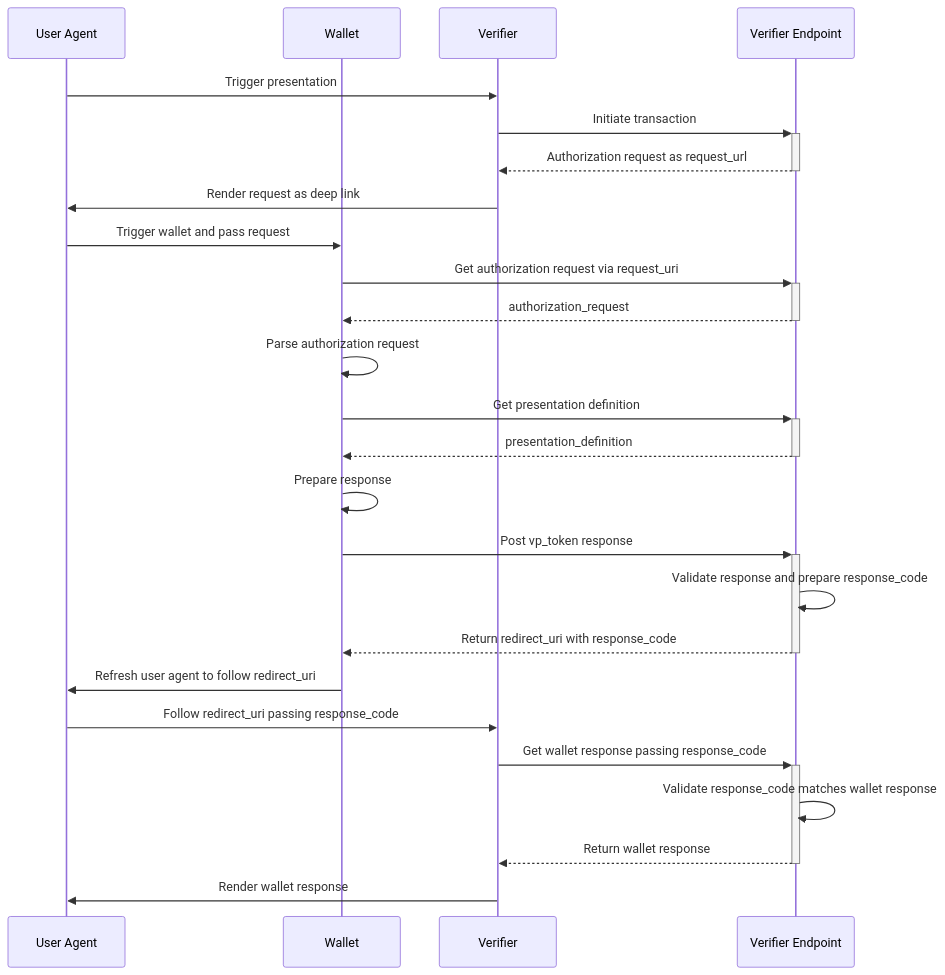
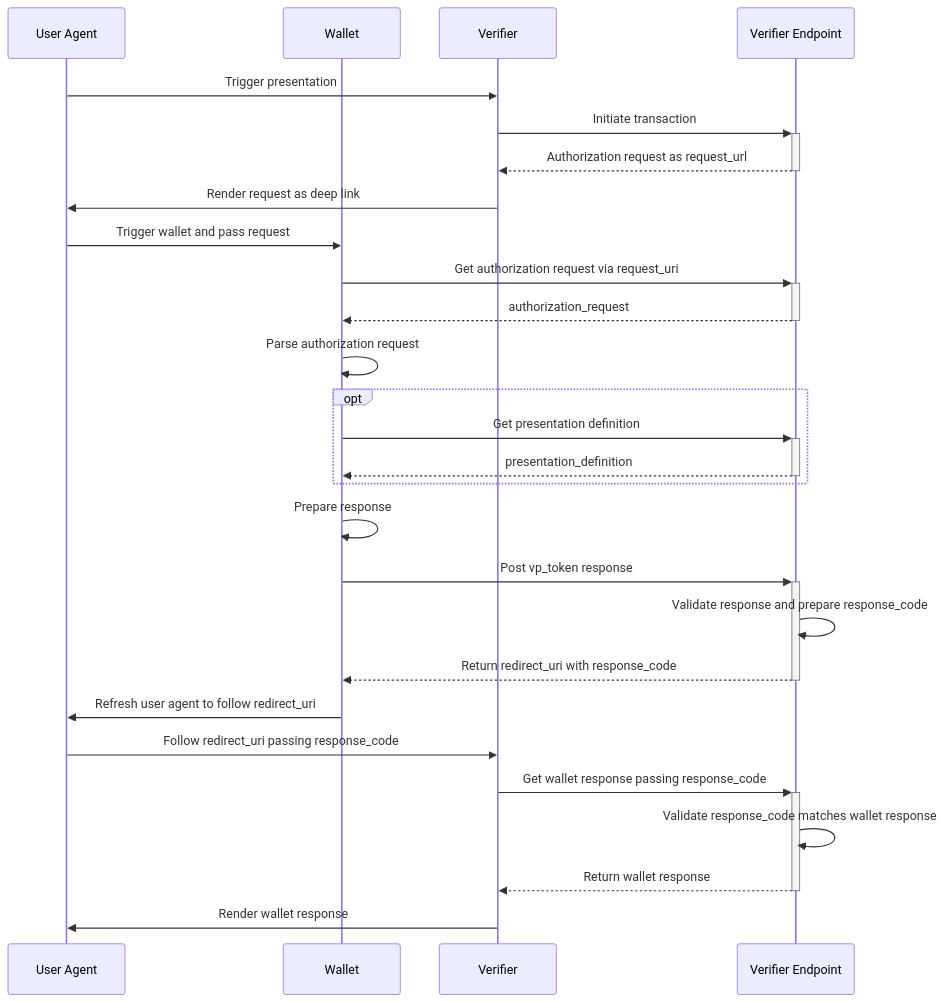
The first of 2 diagrams in README.md (eu-digital-identity-wallet/eudi-srv-web-verifier-endpoint-23220-4-kt), drawn with Mermaid before and after one commit. The commit also changed other lines of this file, not shown here.

````diff
--- a/README.md
+++ b/README.md
@@ -138,37 +138,39 @@
 ```mermaid
 sequenceDiagram    
     participant UA as User Agent
     participant W as Wallet
     participant V as Verifier
     participant VE as Verifier Endpoint
     UA->>V: Trigger presentation 
     
     V->>+VE: Initiate transaction
     VE-->>-V: Authorization request as request_url
     
     V->>UA: Render request as deep link
     UA->>W: Trigger wallet and pass request
     
     W->>+VE: Get authorization request via request_uri 
     VE-->>-W: authorization_request
     
     W->>W: Parse authorization request
     
-    W->>+VE: Get presentation definition 
-    VE-->>-W: presentation_definition
+    opt
+        W->>+VE: Get presentation definition 
+        VE-->>-W: presentation_definition
+    end
     
     W->>W: Prepare response     
     
     W->>+VE: Post vp_token response 
     VE->>VE: Validate response and prepare response_code
     VE-->>-W: Return redirect_uri with response_code
     
     W->>UA: Refresh user agent to follow redirect_uri
     UA->>V: Follow redirect_uri passing response_code
     
     V->>+VE: Get wallet response passing response_code 
     VE->>VE: Validate response_code matches wallet response
     VE-->>-V: Return wallet response
     
     V->>UA: Render wallet response 
 ```
````
